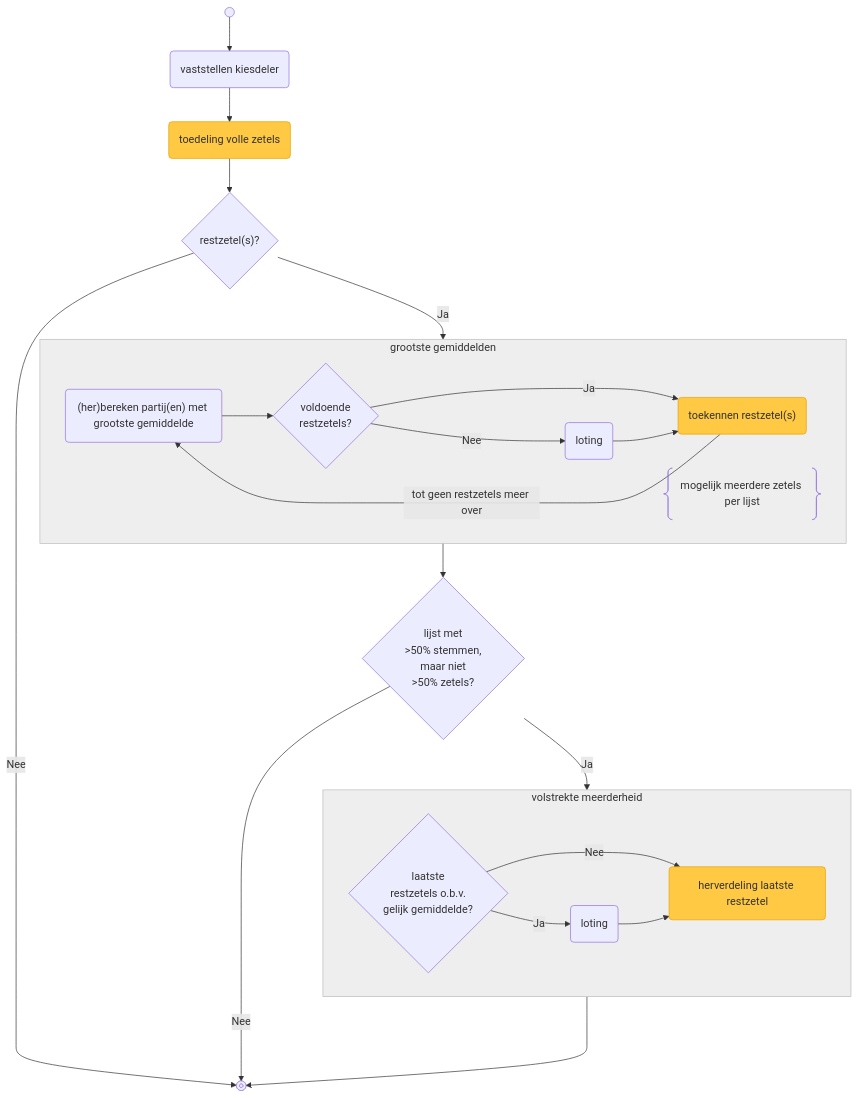
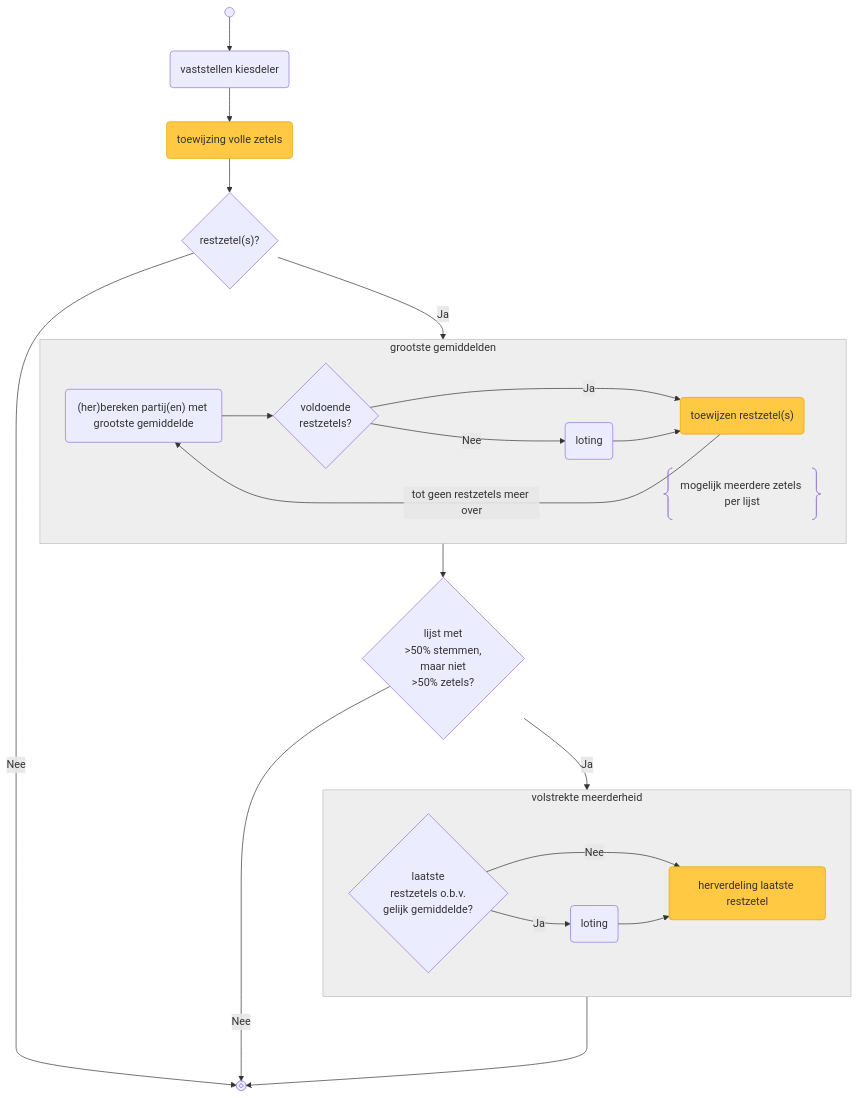
Before and after one commit to kiesraad/abacus-documentatie: the first of 2 diagrams in verkiezingsproces/zetelverdeling-GR-flowchart.md, drawn with Mermaid. The commit also changed other lines of this file, not shown here.

Commit message:
consistently use toewijzing/toewijzen instead of toedeling/toekennen

````diff
--- a/verkiezingsproces/zetelverdeling-GR-flowchart.md
+++ b/verkiezingsproces/zetelverdeling-GR-flowchart.md
@@ -10,61 +10,61 @@
 ```Mermaid
 flowchart
     %% styling
     classDef lijstuitputting fill:#ffc943,stroke:#e8a302
     classDef greyFill fill:#eee,stroke:#bbb;
 
     %% elements
     flow_start@{ shape: sm-circ, label: "start" }
     flow_end@{ shape: framed-circle, label: "end" }
 
     vaststellen_kiesdeler(vaststellen kiesdeler)
-    toedeling_volle_zetels(toedeling volle zetels)
-    class toedeling_volle_zetels lijstuitputting
+    toewijzing_volle_zetels(toewijzing volle zetels)
+    class toewijzing_volle_zetels lijstuitputting
 
     restzetels{"restzetel(s)?"}
 
     bereken_partijen_met_grootste_gemiddelde("(her)bereken partij(en) met grootste gemiddelde")
     voldoende_restzetels{voldoende<br/>restzetels?}
     loting_grootste_gemiddelden(loting)
-    toekennen_restzetels("toekennen restzetel(s)")
-    class toekennen_restzetels lijstuitputting
+    toewijzen_restzetels("toewijzen restzetel(s)")
+    class toewijzen_restzetels lijstuitputting
 
     meerderheid_aan_stemmen_maar_niet_zetels{lijst met<br/>>50% stemmen,<br/>maar niet<br/>>50% zetels?}
     laatste_restzetels_obv_gelijk_gemiddelde{laatste<br/>restzetels o.b.v.<br/>gelijk gemiddelde?}
     loting_volstrekte_meerderheid(loting)
     herverdeling_laatste_restzetel(herverdeling laatste restzetel)
     class herverdeling_laatste_restzetel lijstuitputting
 
     %% flow
     flow_start --> vaststellen_kiesdeler
-    vaststellen_kiesdeler --> toedeling_volle_zetels
-    toedeling_volle_zetels --> restzetels
+    vaststellen_kiesdeler --> toewijzing_volle_zetels
+    toewijzing_volle_zetels --> restzetels
 
     restzetels -->|Nee| flow_end
     restzetels -->|Ja| grootste_gemiddelden
 
     subgraph grootste_gemiddelden["grootste gemiddelden"]
         direction LR
         bereken_partijen_met_grootste_gemiddelde --> voldoende_restzetels
-        voldoende_restzetels -->|Ja| toekennen_restzetels
+        voldoende_restzetels -->|Ja| toewijzen_restzetels
         voldoende_restzetels -->|Nee| loting_grootste_gemiddelden
-        loting_grootste_gemiddelden --> toekennen_restzetels
-        toekennen_restzetels -->|tot geen restzetels meer over| bereken_partijen_met_grootste_gemiddelde
+        loting_grootste_gemiddelden --> toewijzen_restzetels
+        toewijzen_restzetels -->|tot geen restzetels meer over| bereken_partijen_met_grootste_gemiddelde
         comment_grootste_gemiddelden@{ shape: braces, label: "mogelijk meerdere zetels per lijst" }
     end
     class grootste_gemiddelden greyFill;
 
     grootste_gemiddelden --> meerderheid_aan_stemmen_maar_niet_zetels
     meerderheid_aan_stemmen_maar_niet_zetels -->|Ja| volstrekte_meerderheid
     meerderheid_aan_stemmen_maar_niet_zetels --->|Nee| flow_end
 
     subgraph volstrekte_meerderheid["volstrekte meerderheid"]
         direction LR
         laatste_restzetels_obv_gelijk_gemiddelde -->|Ja| loting_volstrekte_meerderheid
         laatste_restzetels_obv_gelijk_gemiddelde -->|Nee| herverdeling_laatste_restzetel
         loting_volstrekte_meerderheid --> herverdeling_laatste_restzetel
     end
     class volstrekte_meerderheid greyFill;
 
     volstrekte_meerderheid ---> flow_end
 ```
````
